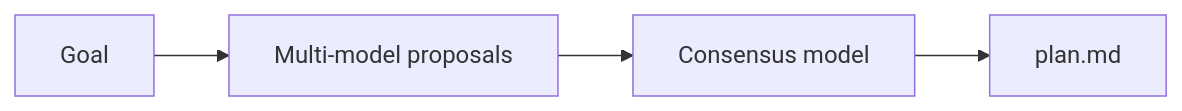
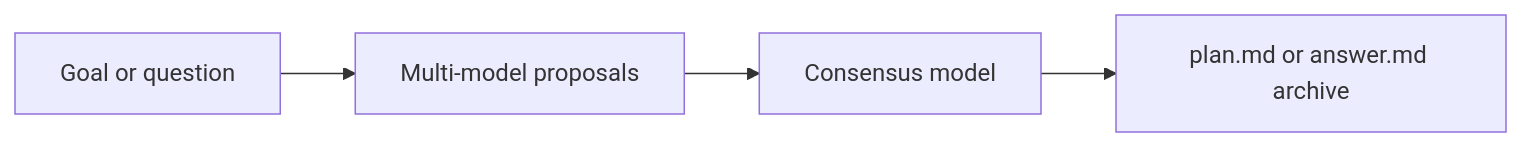
The diagram in README.md (marianocarrazana/planner-ai), drawn with Mermaid before and after one commit. The commit also changed other lines of this file and 96 other files, not shown here.

````diff
--- a/README.md
+++ b/README.md
@@ -73,6 +102,6 @@
 ```mermaid
 flowchart LR
-  Goal[Goal] --> Models[Multi-model proposals]
+  Goal[Goal or question] --> Models[Multi-model proposals]
   Models --> Consensus[Consensus model]
-  Consensus --> Plan[plan.md]
+  Consensus --> Plan[plan.md or answer.md archive]
 ```
````
